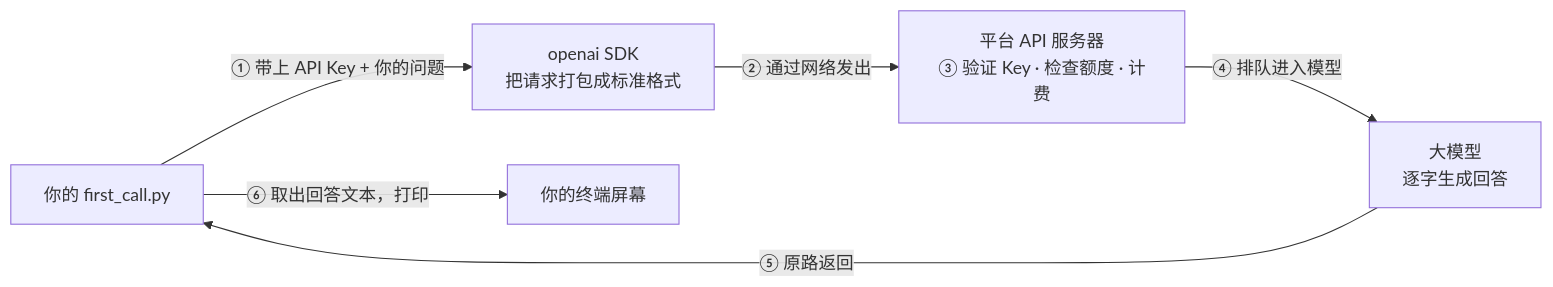
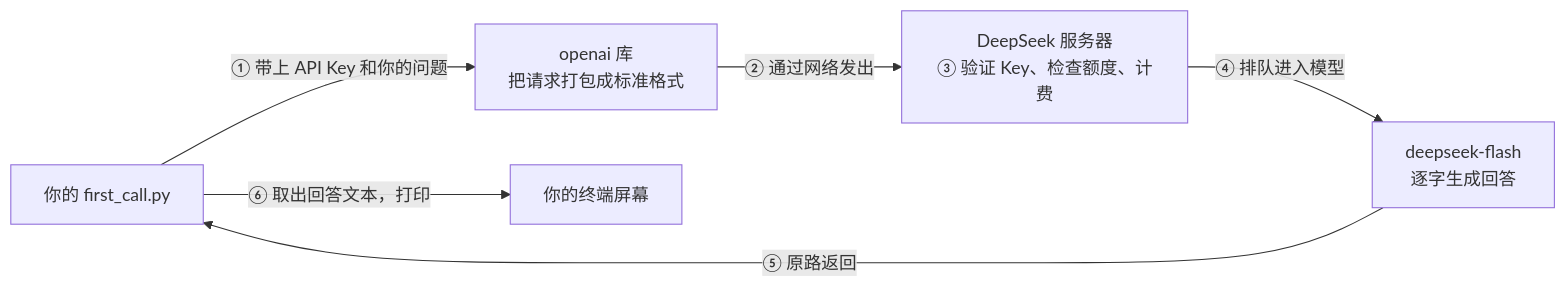
Before and after one commit to xxxAndlk/AI_Agent_Learning_path: the diagram in 03.LLM工程基础/第01课_第一次调用大模型/第01课.md, drawn with Mermaid. The commit also changed other lines of this file and 3 other files, not shown here.

````diff
--- a/03.LLM工程基础/第01课_第一次调用大模型/第01课.md
+++ b/03.LLM工程基础/第01课_第一次调用大模型/第01课.md
@@ -142,8 +256,8 @@
 ```mermaid
 flowchart LR
-    A["你的 first_call.py"] -- "① 带上 API Key + 你的问题" --> B["openai SDK<br/>把请求打包成标准格式"]
-    B -- "② 通过网络发出" --> C["平台 API 服务器<br/>③ 验证 Key · 检查额度 · 计费"]
-    C -- "④ 排队进入模型" --> D["大模型<br/>逐字生成回答"]
+    A["你的 first_call.py"] -- "① 带上 API Key 和你的问题" --> B["openai 库<br/>把请求打包成标准格式"]
+    B -- "② 通过网络发出" --> C["DeepSeek 服务器<br/>③ 验证 Key、检查额度、计费"]
+    C -- "④ 排队进入模型" --> D["deepseek-flash<br/>逐字生成回答"]
     D -- "⑤ 原路返回" --> A
     A -- "⑥ 取出回答文本，打印" --> E["你的终端屏幕"]
 ```
````
